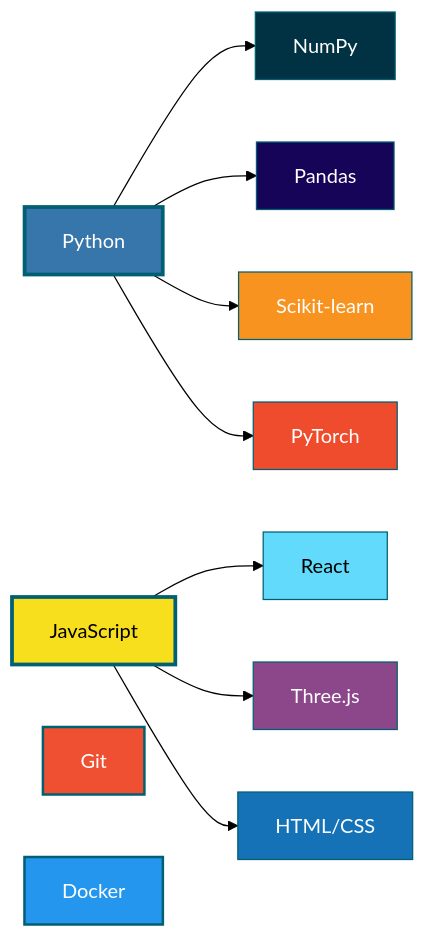
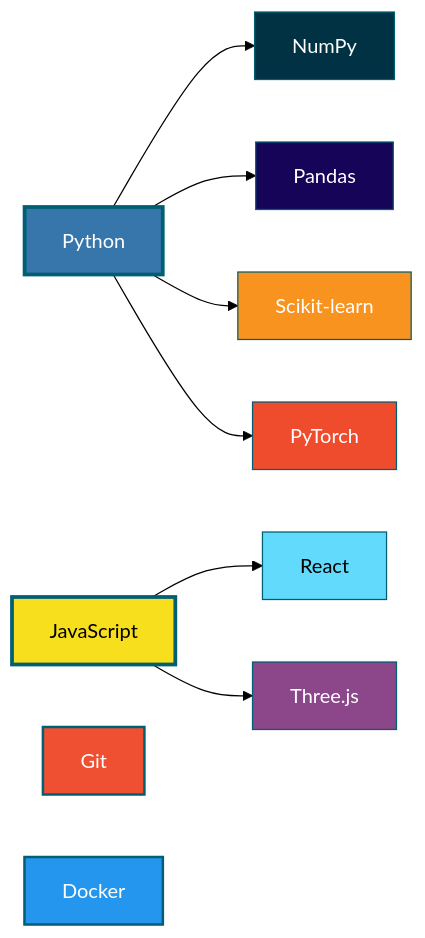
Before and after one commit to Thedarkiin/Thedarkiin: the diagram in README.md, drawn with Mermaid (forest theme).

````diff
--- a/README.md
+++ b/README.md
@@ -40,26 +40,24 @@
 ```mermaid
 graph LR
     A["Python"] --> B["NumPy"]
     A --> C["Pandas"]
     A --> D["Scikit-learn"]
     A --> E["PyTorch"]
     
     F["JavaScript"] --> G["React"]
     F --> H["Three.js"]
-    F --> I["HTML/CSS"]
     
     J["Git"]
     K["Docker"]
     
     style A fill:#3776AB,stroke:#005f73,color:#fff,stroke-width:3px
     style B fill:#013243,stroke:#005f73,color:#fff
     style C fill:#150458,stroke:#005f73,color:#fff
     style D fill:#F7931E,stroke:#005f73,color:#fff
     style E fill:#EE4C2C,stroke:#005f73,color:#fff
     style F fill:#F7DF1E,stroke:#005f73,color:#000,stroke-width:3px
     style G fill:#61DAFB,stroke:#005f73,color:#000
     style H fill:#8B4789,stroke:#005f73,color:#fff
-    style I fill:#1572B6,stroke:#005f73,color:#fff
     style J fill:#F05032,stroke:#005f73,color:#fff,stroke-width:2px
     style K fill:#2496ED,stroke:#005f73,color:#fff,stroke-width:2px
 ```
````
